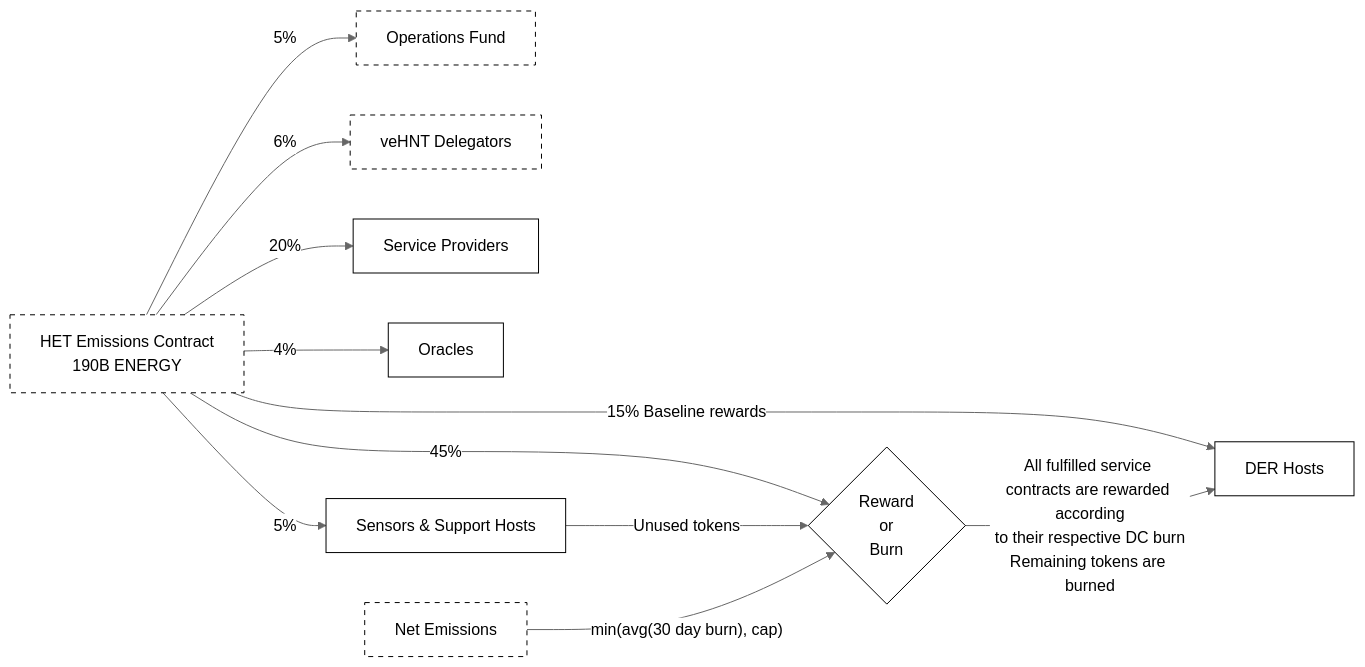
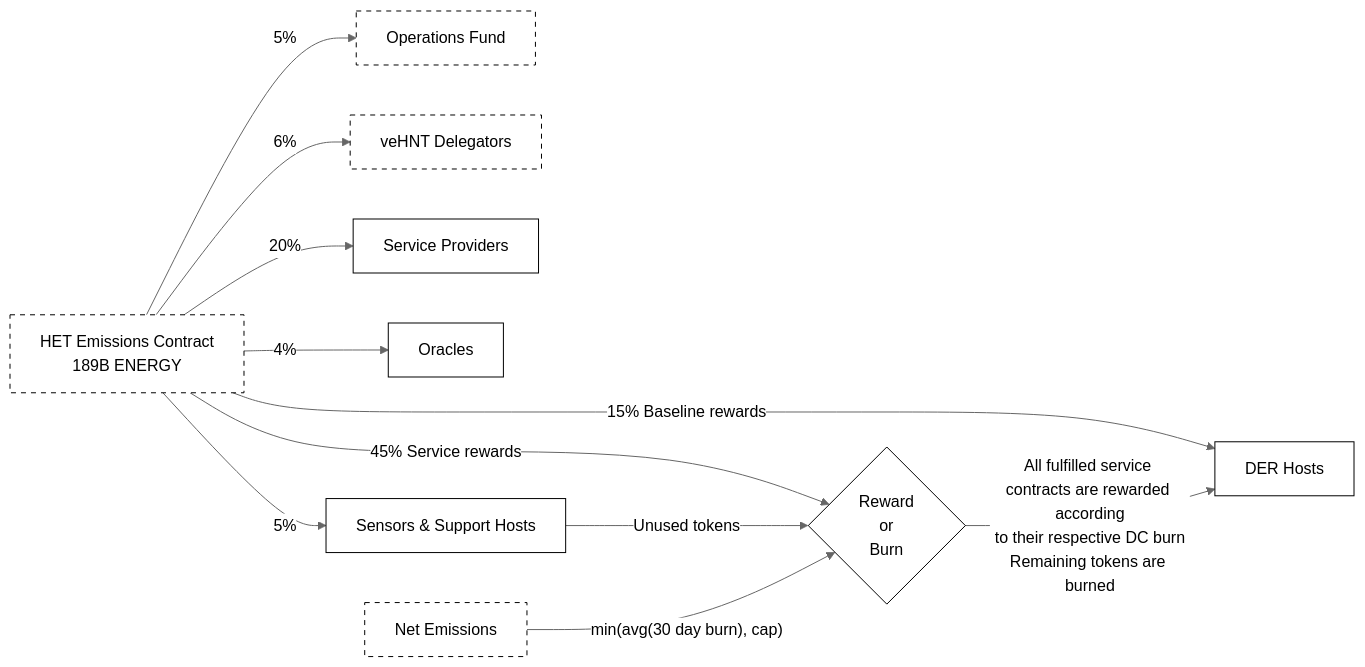
One commit to helium/HIP changed the second of 2 diagrams in 0128-energy-subnetwork.md. Above: the diagram before and after it, drawn with Mermaid. The commit also changed other lines of this file, not shown here.

````diff
--- a/0128-energy-subnetwork.md
+++ b/0128-energy-subnetwork.md
@@ -137,36 +143,36 @@
 ```mermaid
 %%{init: {'theme': 'neutral'}}%%
 flowchart LR
-    HETEmissions[HET Emissions Contract\n190B ENERGY]:::dashed
+    HETEmissions[HET Emissions Contract\n189B ENERGY]:::dashed
 
     OperationsFund[Operations Fund]:::dashed
     veHNTDelegators[veHNT Delegators]:::dashed
     RewardOrBurn{Reward\nor\nBurn}:::standard
     ServiceProviders[Service Providers]:::standard
     Oracles[Oracles]:::standard
     SensorsSupportHosts[Sensors & Support Hosts]:::standard
     DERHosts[DER Hosts]:::standard
     NetEmissions[Net Emissions]:::dashed
 
     classDef dashed fill:#ffffff,stroke:#000000,stroke-dasharray: 5 5
     classDef standard fill:#ffffff,stroke:#000000
 
     HETEmissions -->|5%|OperationsFund
     HETEmissions -->|6%|veHNTDelegators
-    HETEmissions -->|45%|RewardOrBurn
+    HETEmissions -->|45% Service rewards|RewardOrBurn
     HETEmissions --> |15% Baseline rewards|DERHosts
 
 
     HETEmissions -->|20%|ServiceProviders
     HETEmissions -->|5%|SensorsSupportHosts
     HETEmissions -->|4%|Oracles
     SensorsSupportHosts --> |Unused tokens|RewardOrBurn
 
     NetEmissions --> |min#40;avg#40;30 day burn#41;, cap#41;|RewardOrBurn
 
 
     RewardOrBurn -->|All fulfilled service contracts are rewarded according\n to their respective DC burn Remaining tokens are burned|DERHosts
 
 
 
 ```
````
